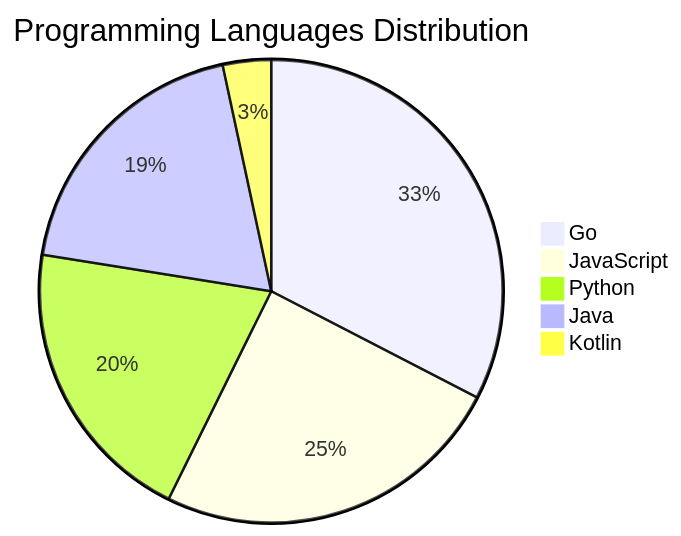
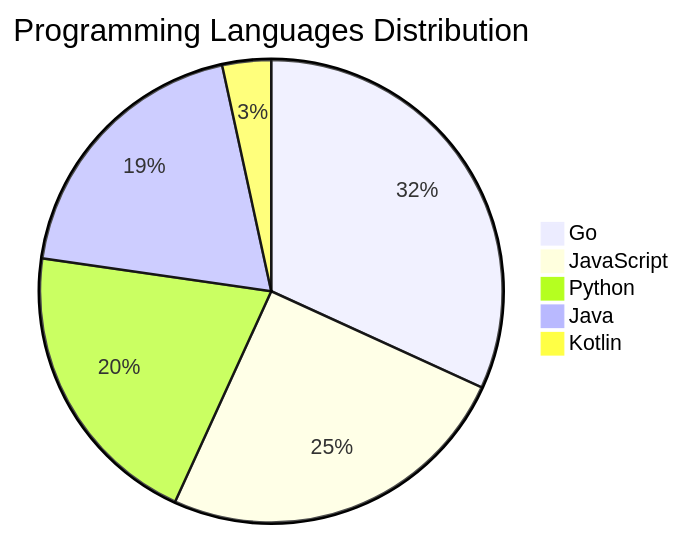
One commit to Derrick-MUGISHA/github-activity-bot changed the diagram in README.md. Above: the diagram before and after it, drawn with Mermaid. The commit also changed other lines of this file and 3 other files, not shown here.

````diff
--- a/README.md
+++ b/README.md
@@ -71,8 +71,8 @@
 ```mermaid
 pie title Programming Languages Distribution
-    "Go" : 29
+    "Go" : 28
     "JavaScript" : 22
     "Python" : 18
     "Java" : 17
     "Kotlin" : 3
 ```
````
